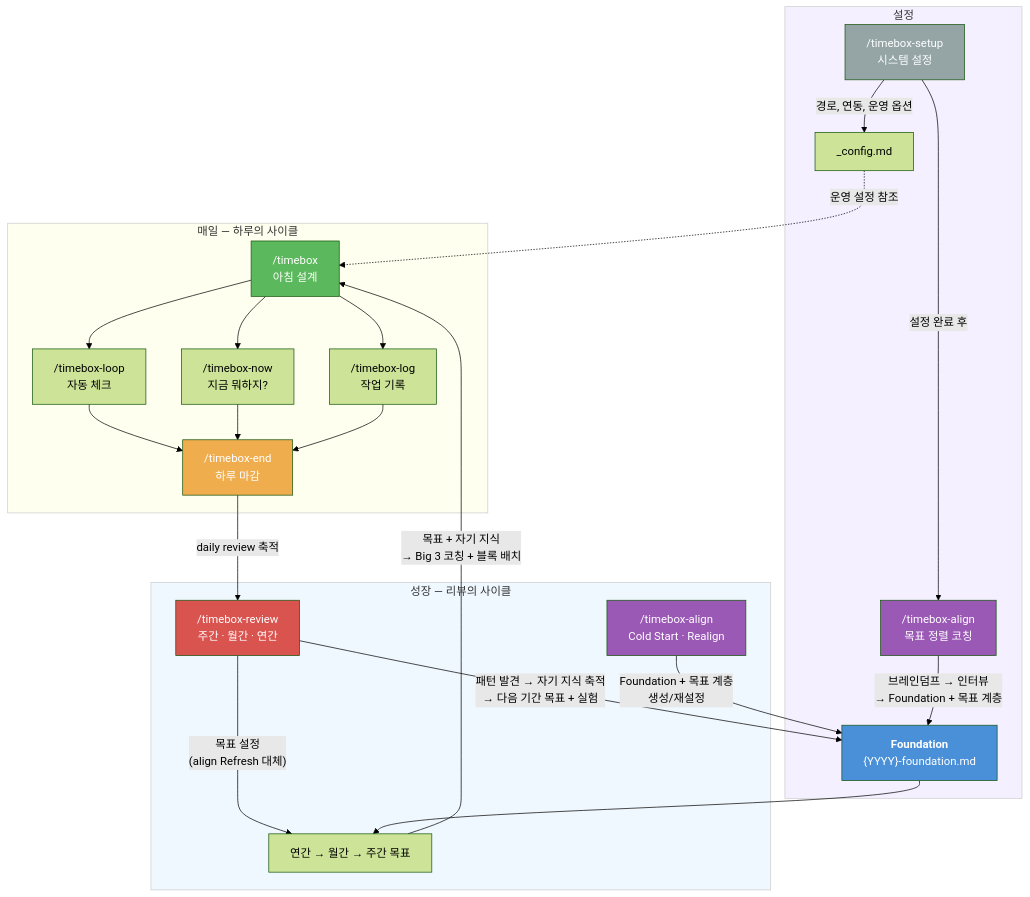
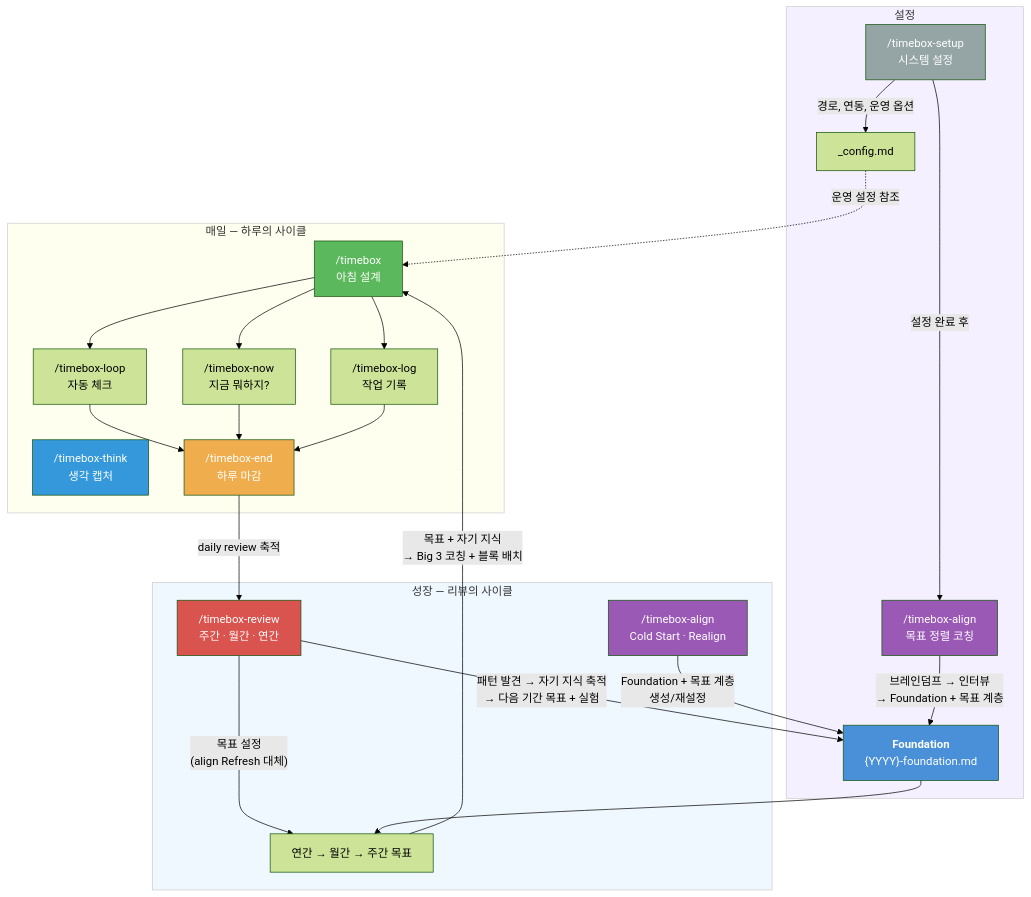
The diagram in timebox/README.md (bingl2/llm-tools), drawn with Mermaid (forest theme) before and after one commit. The commit also changed other lines of this file, not shown here.

First line of the commit message:
docs(timebox): README에 /timebox-think + Obsidian 연동 문서 추가

````diff
--- a/timebox/README.md
+++ b/timebox/README.md
@@ -54,40 +67,42 @@
 ```mermaid
 graph TD
     subgraph INIT ["설정"]
         SETUP["/timebox-setup<br/>시스템 설정"] -->|"경로, 연동, 운영 옵션"| CONFIG["_config.md"]
         SETUP -->|"설정 완료 후"| ALIGN_INIT["/timebox-align<br/>목표 정렬 코칭"]
         ALIGN_INIT -->|"브레인덤프 → 인터뷰<br/>→ Foundation + 목표 계층"| F
     end
 
     subgraph DAILY ["매일 — 하루의 사이클"]
         TB["/timebox<br/>아침 설계"]
         TB --> LOOP["/timebox-loop<br/>자동 체크"]
         TB --> NOW["/timebox-now<br/>지금 뭐하지?"]
         TB --> LOG["/timebox-log<br/>작업 기록"]
+        THINK["/timebox-think<br/>생각 캡처"]
         LOOP --> END["/timebox-end<br/>하루 마감"]
         NOW --> END
         LOG --> END
     end
 
     subgraph GROWTH ["성장 — 리뷰의 사이클"]
         END -->|"daily review 축적"| REV["/timebox-review<br/>주간 · 월간 · 연간"]
         REV -->|"패턴 발견 → 자기 지식 축적<br/>→ 다음 기간 목표 + 실험"| F["<b>Foundation</b><br/>{YYYY}-foundation.md"]
         REV -->|"목표 설정<br/>(align Refresh 대체)"| G
         ALIGN["/timebox-align<br/>Cold Start · Realign"] -->|"Foundation + 목표 계층<br/>생성/재설정"| F
         F --> G["연간 → 월간 → 주간 목표"]
     end
 
     G -->|"목표 + 자기 지식<br/>→ Big 3 코칭 + 블록 배치"| TB
     CONFIG -.->|"운영 설정 참조"| TB
 
     style INIT fill:#f5f0ff,stroke:#ccc
     style DAILY fill:#fffff0,stroke:#ccc
     style GROWTH fill:#f0f8ff,stroke:#ccc
     style F fill:#4a90d9,color:#fff
     style REV fill:#d9534f,color:#fff
     style TB fill:#5cb85c,color:#fff
     style END fill:#f0ad4e,color:#fff
     style ALIGN fill:#9b59b6,color:#fff
     style ALIGN_INIT fill:#9b59b6,color:#fff
+    style THINK fill:#3498db,color:#fff
     style SETUP fill:#95a5a6,color:#fff
 ```
````
